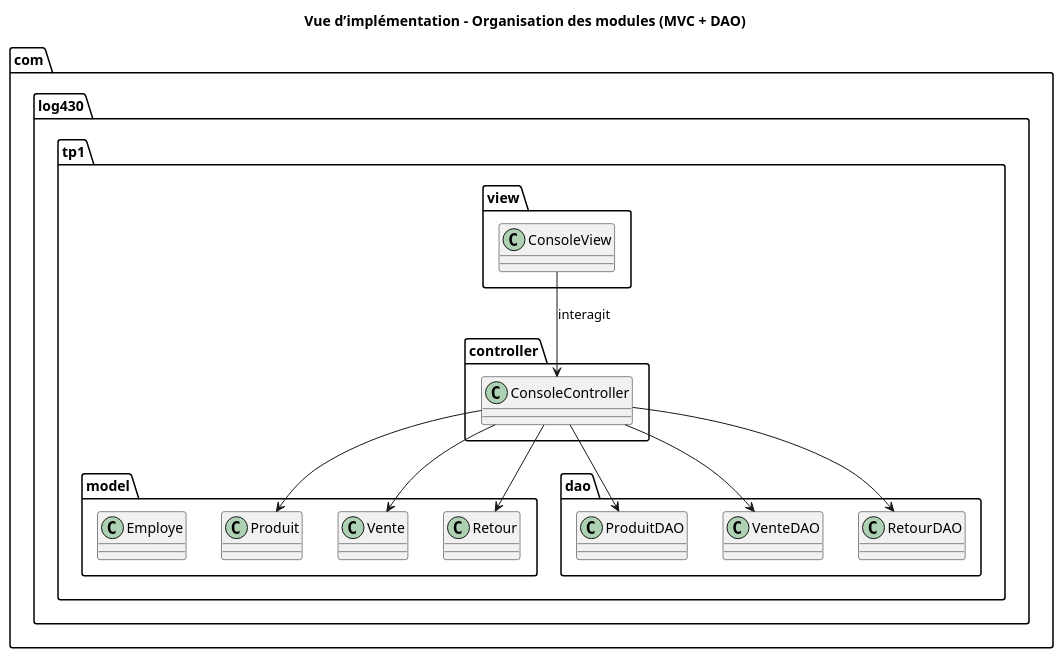
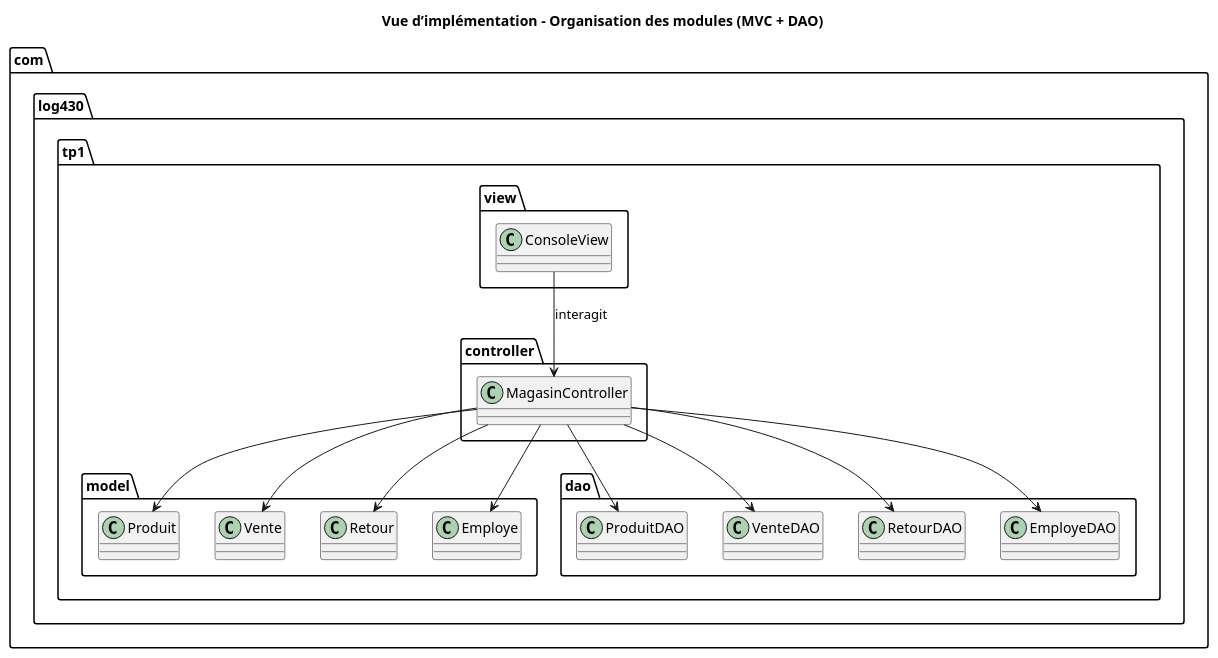
The diagram in docs/diagrams/di.puml (SlitherinSnake/tp0-1-2-log430), drawn with PlantUML before and after one commit. The commit also changed 2 other files, not shown here.

```diff
--- a/docs/diagrams/di.puml
+++ b/docs/diagrams/di.puml
@@ -1,33 +1,37 @@
 @startuml
 title Vue d’implémentation – Organisation des modules (MVC + DAO)
 
 package "com.log430.tp1.view" {
   class ConsoleView
 }
 
 package "com.log430.tp1.controller" {
-  class ConsoleController
+  class MagasinController
 }
 
 package "com.log430.tp1.model" {
   class Produit
   class Vente
   class Retour
   class Employe
 }
 
 package "com.log430.tp1.dao" {
   class ProduitDAO
   class VenteDAO
   class RetourDAO
+  class EmployeDAO
 }
 
-ConsoleView --> ConsoleController : interagit
-ConsoleController --> ProduitDAO
-ConsoleController --> VenteDAO
-ConsoleController --> RetourDAO
-ConsoleController --> Produit
-ConsoleController --> Vente
-ConsoleController --> Retour
+ConsoleView --> MagasinController : interagit
 
+MagasinController --> ProduitDAO
+MagasinController --> VenteDAO
+MagasinController --> RetourDAO
+MagasinController --> EmployeDAO
+
+MagasinController --> Produit
+MagasinController --> Vente
+MagasinController --> Retour
+MagasinController --> Employe
 @enduml
```
